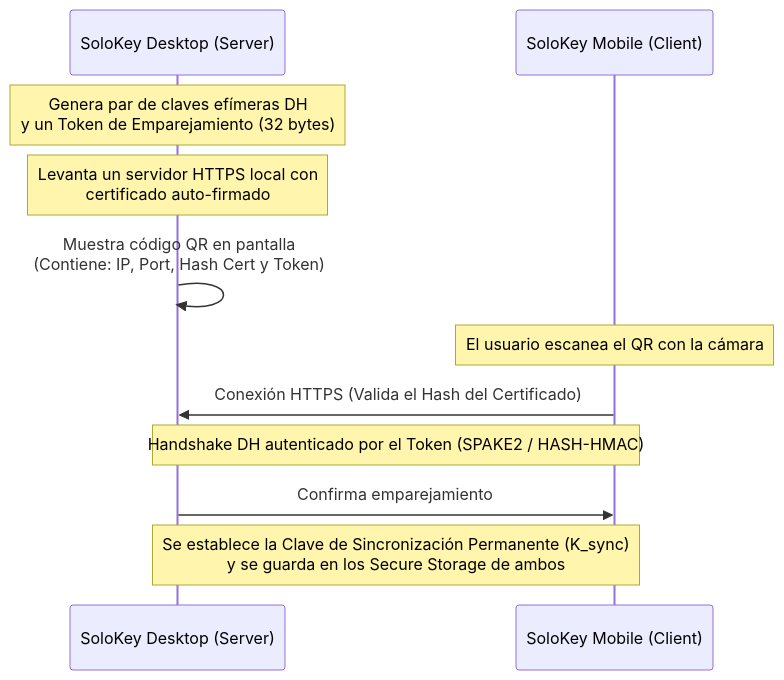
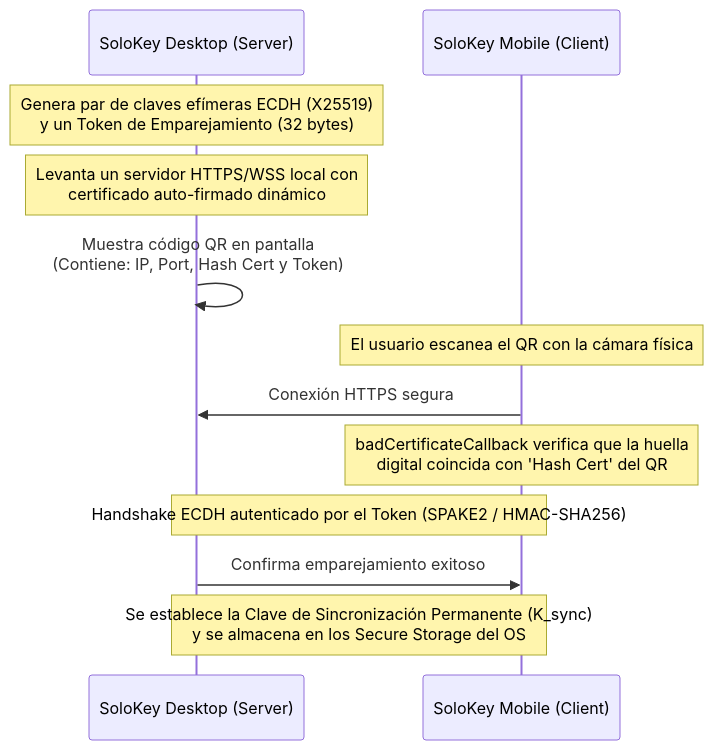
The diagram in docs/desktop_companion_planning.md (EzequielAngel0/SoloKey), drawn with Mermaid before and after one commit. The commit also changed other lines of this file, not shown here.

Commit message:
docs(desktop): documentar arquitectura e implementacion de escritorio

````diff
--- a/docs/desktop_companion_planning.md
+++ b/docs/desktop_companion_planning.md
@@ -21,16 +60,18 @@
 ```mermaid
 sequenceDiagram
     participant Escritorio as SoloKey Desktop (Server)
     participant Movil as SoloKey Mobile (Client)
     
-    Note over Escritorio: Genera par de claves efímeras DH<br/>y un Token de Emparejamiento (32 bytes)
-    Note over Escritorio: Levanta un servidor HTTPS local con<br/>certificado auto-firmado
+    Note over Escritorio: Genera par de claves efímeras ECDH (X25519)<br/>y un Token de Emparejamiento (32 bytes)
+    Note over Escritorio: Levanta un servidor HTTPS/WSS local con<br/>certificado auto-firmado dinámico
     Escritorio->>Escritorio: Muestra código QR en pantalla<br/>(Contiene: IP, Port, Hash Cert y Token)
     
-    Note over Movil: El usuario escanea el QR con la cámara
-    Movil->>Escritorio: Conexión HTTPS (Valida el Hash del Certificado)
-    Note over Movil,Escritorio: Handshake DH autenticado por el Token (SPAKE2 / HASH-HMAC)
+    Note over Movil: El usuario escanea el QR con la cámara física
+    Movil->>Escritorio: Conexión HTTPS segura
+    Note over Movil: badCertificateCallback verifica que la huella<br/>digital coincida con 'Hash Cert' del QR
     
-    Escritorio->>Movil: Confirma emparejamiento
-    Note over Movil,Escritorio: Se establece la Clave de Sincronización Permanente (K_sync)<br/>y se guarda en los Secure Storage de ambos
+    Note over Movil,Escritorio: Handshake ECDH autenticado por el Token (SPAKE2 / HMAC-SHA256)
+    
+    Escritorio->>Movil: Confirma emparejamiento exitoso
+    Note over Movil,Escritorio: Se establece la Clave de Sincronización Permanente (K_sync)<br/>y se almacena en los Secure Storage del OS
 ```
````
